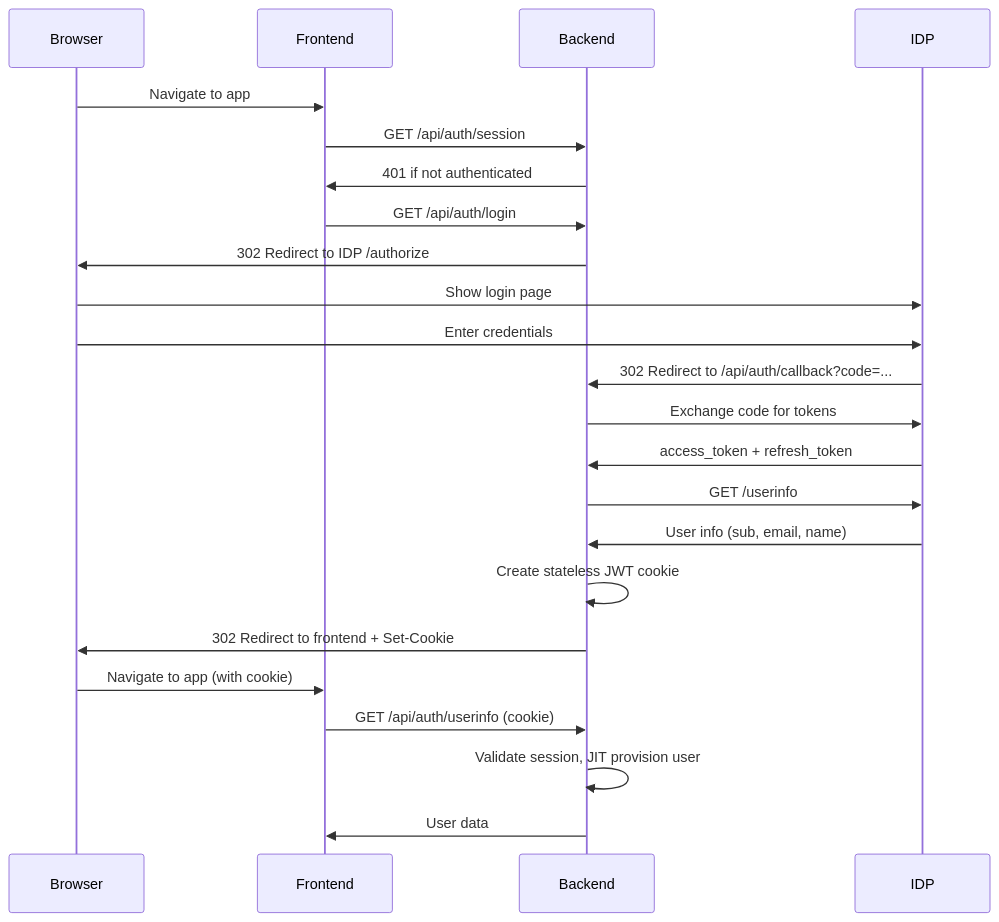
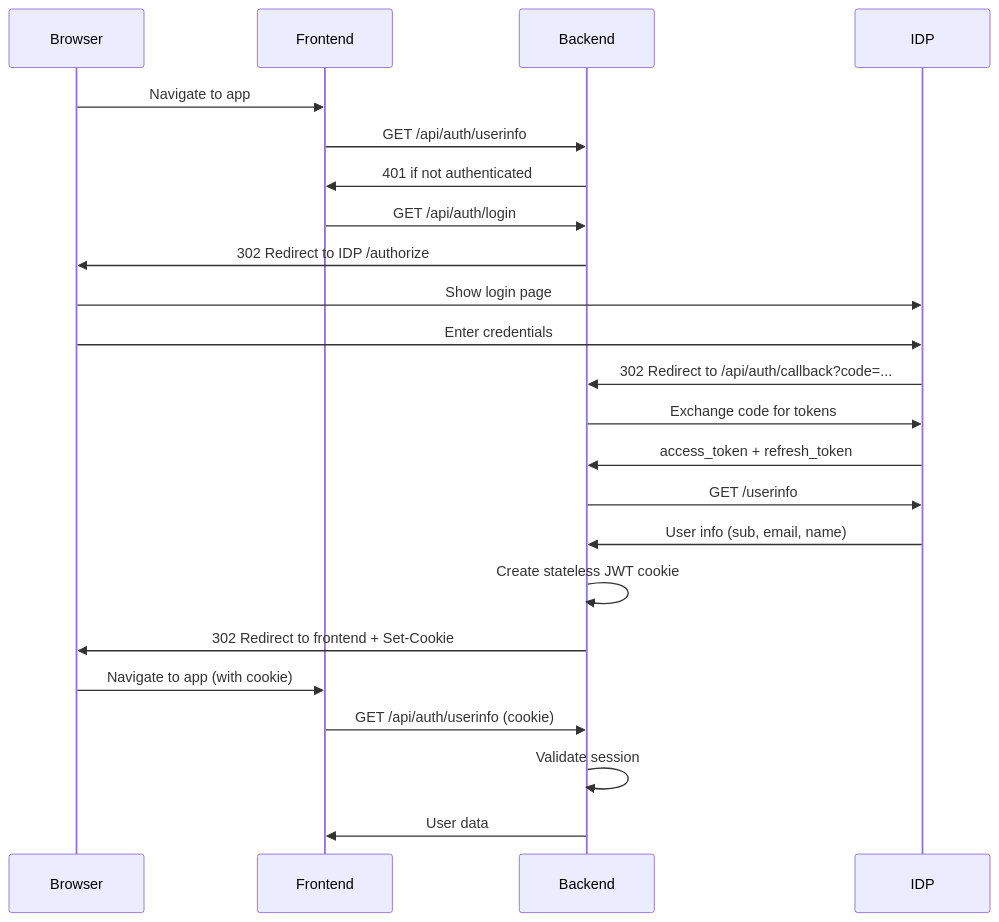
The second of 2 diagrams in backend/omni/docs/architecture/auth.md (modAI-systems/modAI-chat), drawn with Mermaid before and after one commit. The commit also changed other lines of this file and 9 other files, not shown here.

Commit message:
refactor: combine /session and /userinfo endpoint

````diff
--- a/backend/omni/docs/architecture/auth.md
+++ b/backend/omni/docs/architecture/auth.md
@@ -267,26 +256,26 @@
 ```mermaid
 sequenceDiagram
     participant Browser
     participant Frontend
     participant Backend
     participant IDP
 
     Browser->>Frontend: Navigate to app
-    Frontend->>Backend: GET /api/auth/session
+    Frontend->>Backend: GET /api/auth/userinfo
     Backend->>Frontend: 401 if not authenticated
     Frontend->>Backend: GET /api/auth/login
     Backend->>Browser: 302 Redirect to IDP /authorize
     Browser->>IDP: Show login page
     Browser->>IDP: Enter credentials
     IDP->>Backend: 302 Redirect to /api/auth/callback?code=...
     Backend->>IDP: Exchange code for tokens
     IDP->>Backend: access_token + refresh_token
     Backend->>IDP: GET /userinfo
     IDP->>Backend: User info (sub, email, name)
     Backend->>Backend: Create stateless JWT cookie
     Backend->>Browser: 302 Redirect to frontend + Set-Cookie
     Browser->>Frontend: Navigate to app (with cookie)
     Frontend->>Backend: GET /api/auth/userinfo (cookie)
-    Backend->>Backend: Validate session, JIT provision user
+    Backend->>Backend: Validate session
     Backend->>Frontend: User data
 ```
````
